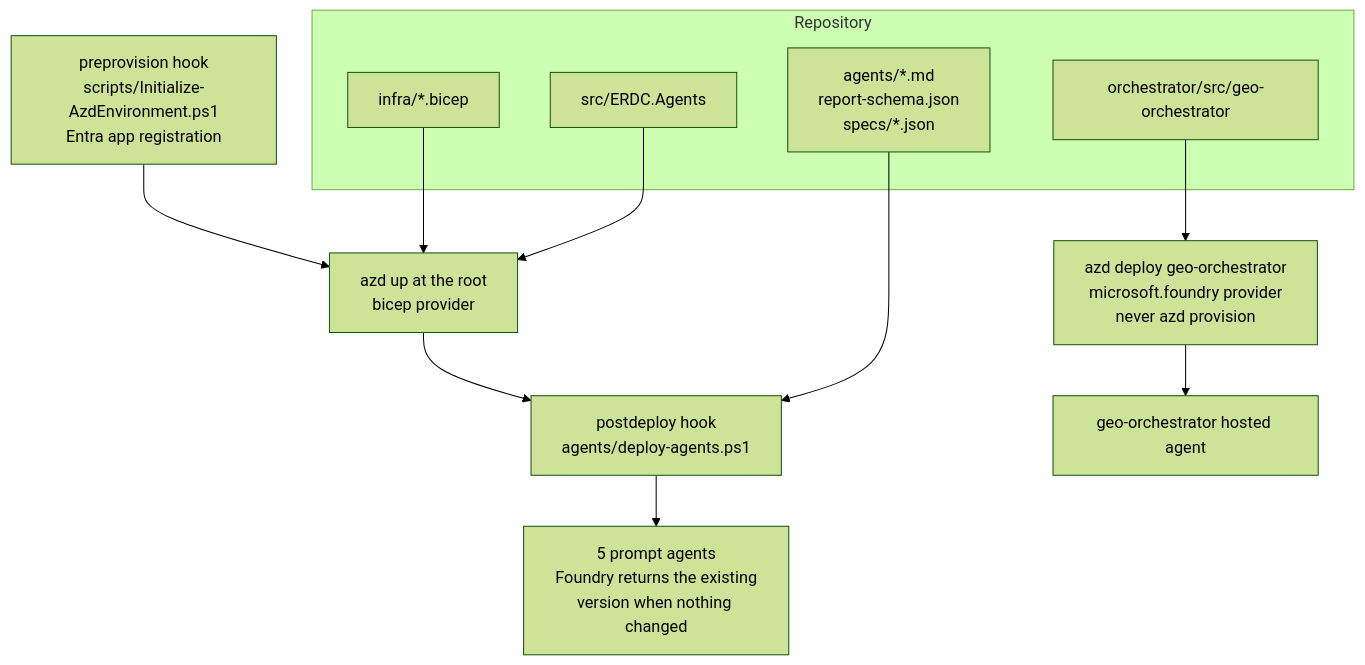
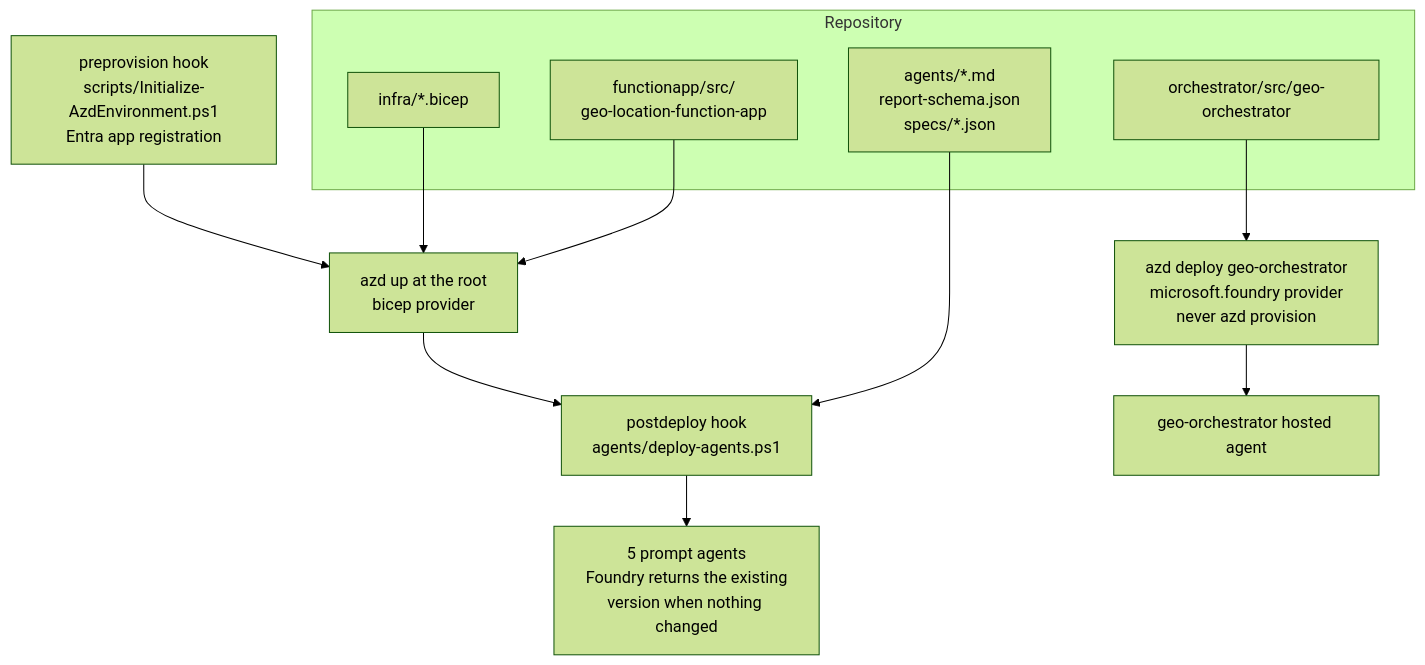
The third of 3 diagrams in README.md (TK11703/geo-location-agents), drawn with Mermaid (forest theme) before and after one commit. The commit also changed other lines of this file and 149 other files, not shown here.

````diff
--- a/README.md
+++ b/README.md
@@ -108,22 +108,22 @@
 ```mermaid
 flowchart TB
     subgraph Repo["Repository"]
         Infra["infra/*.bicep"]
-        Api["src/ERDC.Agents"]
+        Api["functionapp/src/<br/>geo-location-function-app"]
         Defs["agents/*.md<br/>report-schema.json<br/>specs/*.json"]
         OrchSrc["orchestrator/src/geo-orchestrator"]
     end
 
     Pre["preprovision hook<br/>scripts/Initialize-AzdEnvironment.ps1<br/>Entra app registration"]
     Root["azd up at the root<br/>bicep provider"]
     Hook["postdeploy hook<br/>agents/deploy-agents.ps1"]
     Sub["azd deploy geo-orchestrator<br/>microsoft.foundry provider<br/>never azd provision"]
 
     Pre --> Root
     Infra --> Root
     Api --> Root
     Root --> Hook
     Defs --> Hook
     Hook --> Agents["5 prompt agents<br/>Foundry returns the existing<br/>version when nothing changed"]
     OrchSrc --> Sub --> Hosted["geo-orchestrator hosted agent"]
 ```
````
